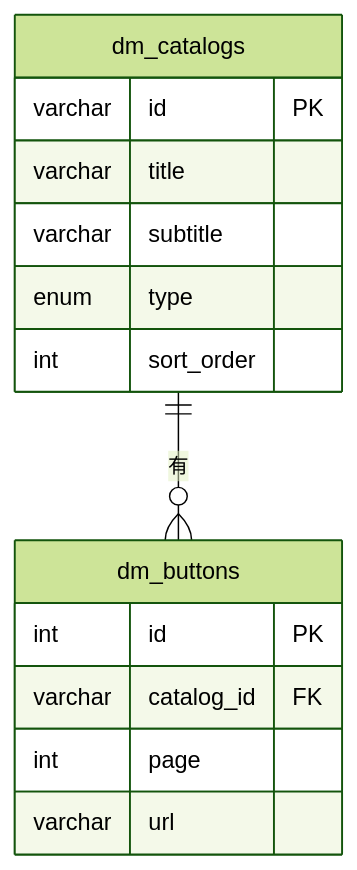
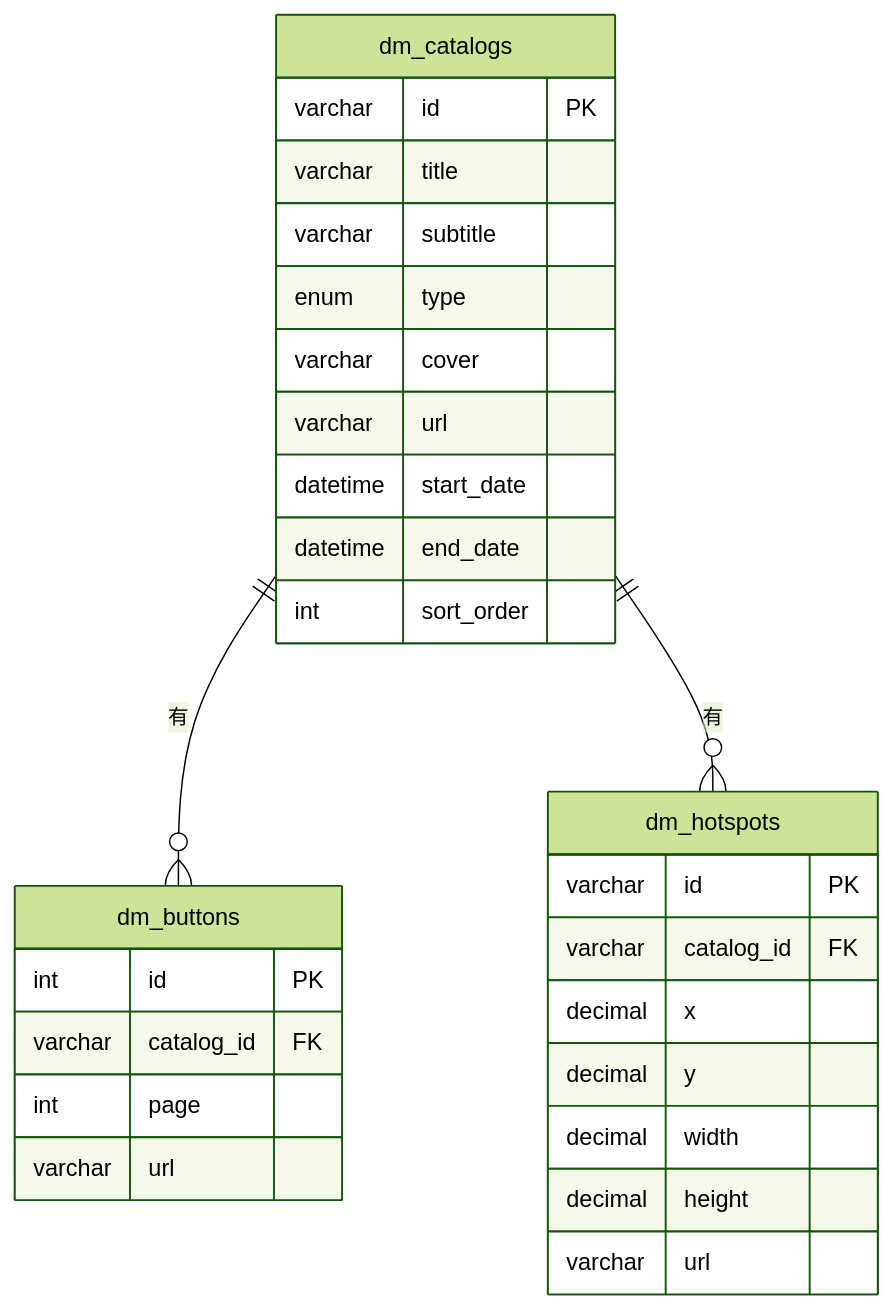
One commit to faypo/ChungyoOffical changed the third of 9 diagrams in docs/database-schema.md. Above: the diagram before and after it, drawn with Mermaid (forest theme). The commit also changed other lines of this file and 936 other files, not shown here.

Commit message:
[doc]更新schema文件 更新data

````diff
--- a/docs/database-schema.md
+++ b/docs/database-schema.md
@@ -512,18 +534,32 @@
 ```mermaid
 erDiagram
   dm_catalogs {
     varchar id PK
     varchar title
     varchar subtitle
     enum type
+    varchar cover
+    varchar url
+    datetime start_date
+    datetime end_date
     int sort_order
   }
   dm_buttons {
     int id PK
     varchar catalog_id FK
     int page
     varchar url
   }
+  dm_hotspots {
+    varchar id PK
+    varchar catalog_id FK
+    decimal x
+    decimal y
+    decimal width
+    decimal height
+    varchar url
+  }
 
-  dm_catalogs ||--o{ dm_buttons : "有"
+  dm_catalogs ||--o{ dm_buttons  : "有"
+  dm_catalogs ||--o{ dm_hotspots : "有"
 ```
````
